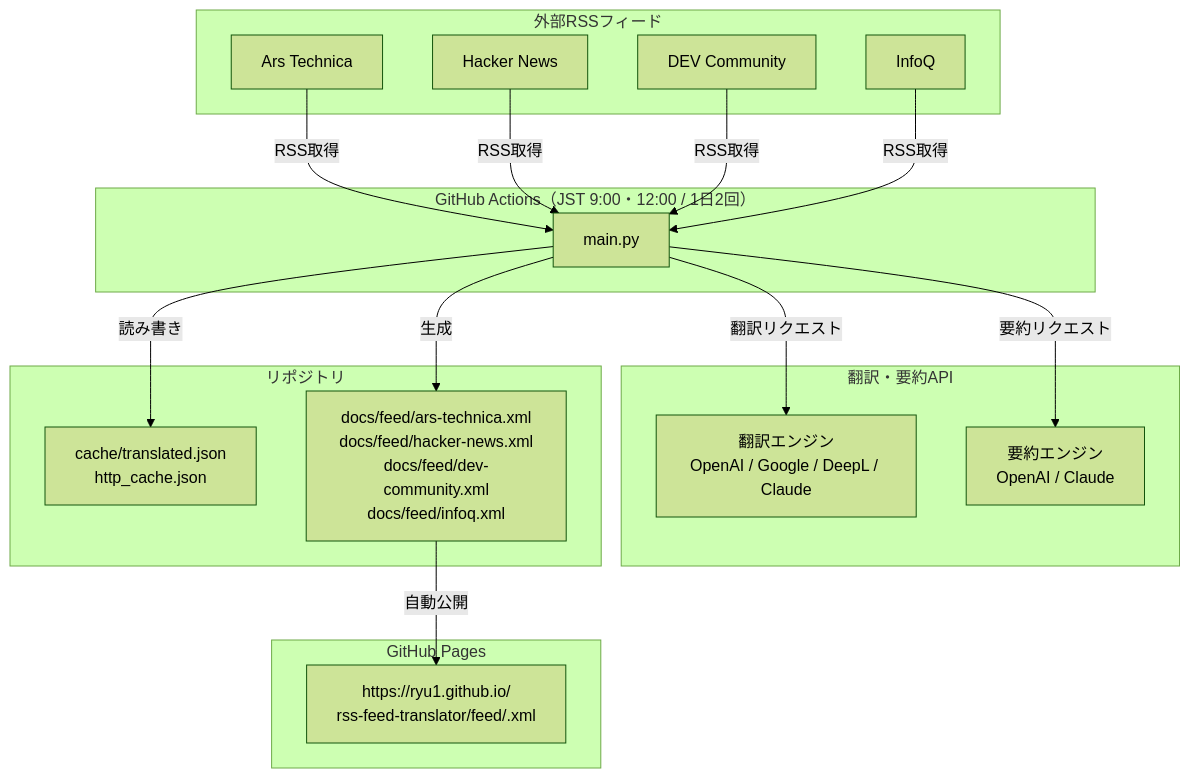
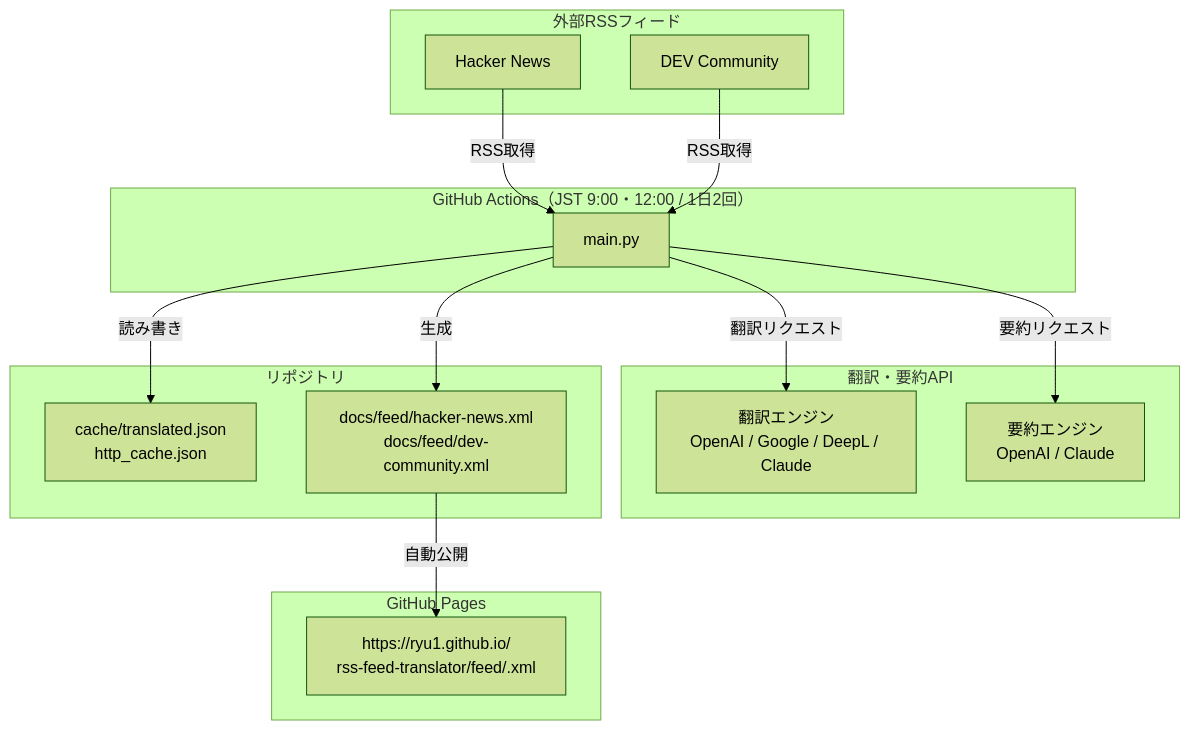
Before and after one commit to ryu1/rss-feed-translator: the first of 12 diagrams in docs/superpowers/specs/2026-06-29-rss-feed-translator-design.md, drawn with Mermaid (forest theme). The commit also changed other lines of this file and 4 other files, not shown here.

Commit message:
chore: remove Ars Technica and InfoQ from feed subscriptions

````diff
--- a/docs/superpowers/specs/2026-06-29-rss-feed-translator-design.md
+++ b/docs/superpowers/specs/2026-06-29-rss-feed-translator-design.md
@@ -143,37 +143,33 @@
 ```mermaid
 graph TD
     subgraph "GitHub Actions（JST 9:00・12:00 / 1日2回）"
         MAIN["main.py"]
     end
 
     subgraph "外部RSSフィード"
-        FEED1["Ars Technica"]
-        FEED2["Hacker News"]
-        FEED3["DEV Community"]
-        FEED4["InfoQ"]
+        FEED1["Hacker News"]
+        FEED2["DEV Community"]
     end
 
     subgraph "翻訳・要約API"
         TRANS["翻訳エンジン\nOpenAI / Google / DeepL / Claude"]
         SUMM["要約エンジン\nOpenAI / Claude"]
     end
 
     subgraph "リポジトリ"
         CACHE["cache/translated.json\nhttp_cache.json"]
-        RSS["docs/feed/ars-technica.xml\ndocs/feed/hacker-news.xml\ndocs/feed/dev-community.xml\ndocs/feed/infoq.xml"]
+        RSS["docs/feed/hacker-news.xml\ndocs/feed/dev-community.xml"]
     end
 
     subgraph "GitHub Pages"
         PUB["https://ryu1.github.io/\nrss-feed-translator/feed/<feed>.xml"]
     end
 
     FEED1 -->|RSS取得| MAIN
     FEED2 -->|RSS取得| MAIN
-    FEED3 -->|RSS取得| MAIN
-    FEED4 -->|RSS取得| MAIN
     MAIN -->|翻訳リクエスト| TRANS
     MAIN -->|要約リクエスト| SUMM
     MAIN -->|読み書き| CACHE
     MAIN -->|生成| RSS
     RSS -->|自動公開| PUB
 ```
````
